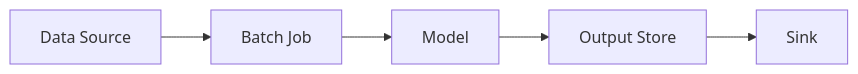
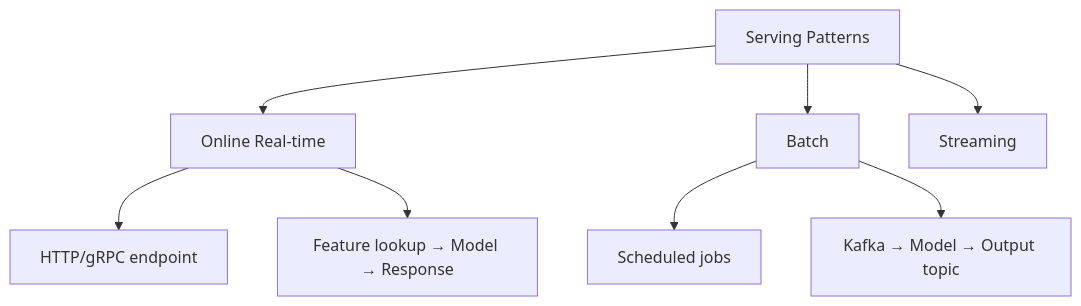
The first of 2 diagrams in src/ml/system-design/model-serving.md (vanos001/placement_prep), drawn with Mermaid before and after one commit. The commit also changed other lines of this file and 14 other files, not shown here.

````diff
--- a/src/ml/system-design/model-serving.md
+++ b/src/ml/system-design/model-serving.md
@@ -64,7 +9,10 @@
 ```mermaid
-graph LR
-    D[Data Source] --> B[Batch Job]
-    B --> M[Model]
-    M --> O[Output Store]
-    O --> S[Sink]
+graph TD
+    A[Serving Patterns] --> B[Online Real-time]
+    A --> C[Batch]
+    A --> D[Streaming]
+    B --> B1[HTTP/gRPC endpoint]
+    B --> B2[Feature lookup → Model → Response]
+    C --> C1[Scheduled jobs]
+    C --> D1[Kafka → Model → Output topic]
 ```
````
